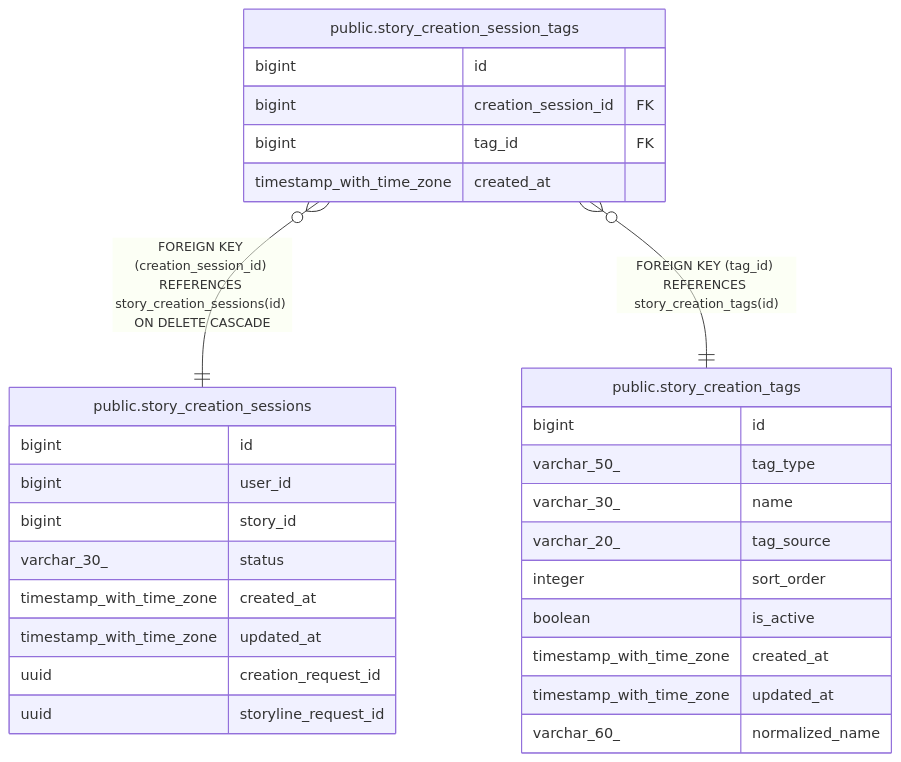
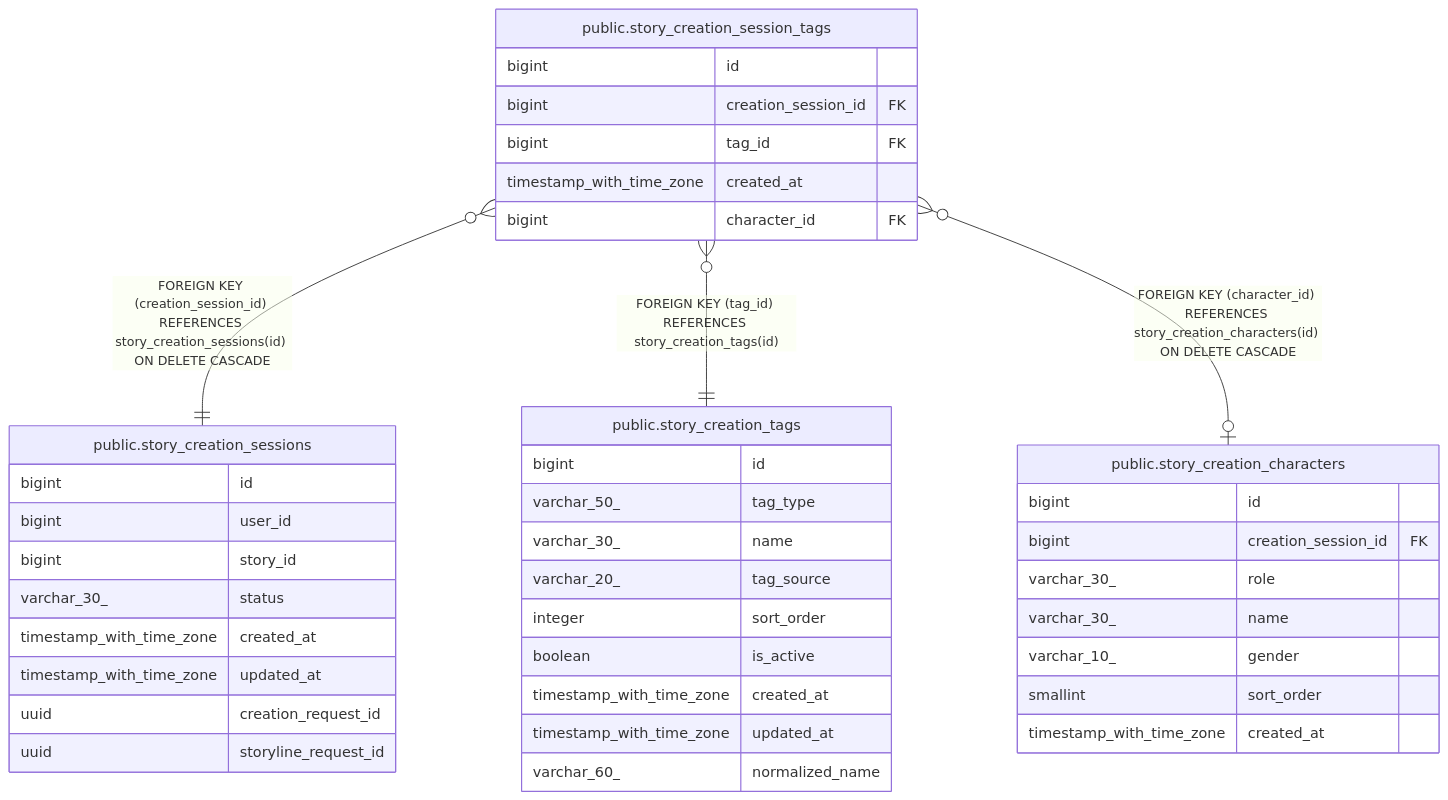
The diagram in dbdoc/public.story_creation_session_tags.md (KIM-N-KANG/manyak-server), drawn with Mermaid before and after one commit. The commit also changed other lines of this file and 15 other files, not shown here.

````diff
--- a/dbdoc/public.story_creation_session_tags.md
+++ b/dbdoc/public.story_creation_session_tags.md
@@ -30,34 +33,45 @@
 ```mermaid
 erDiagram
 
 "public.story_creation_session_tags" }o--|| "public.story_creation_sessions" : "FOREIGN KEY (creation_session_id) REFERENCES story_creation_sessions(id) ON DELETE CASCADE"
 "public.story_creation_session_tags" }o--|| "public.story_creation_tags" : "FOREIGN KEY (tag_id) REFERENCES story_creation_tags(id)"
+"public.story_creation_session_tags" }o--o| "public.story_creation_characters" : "FOREIGN KEY (character_id) REFERENCES story_creation_characters(id) ON DELETE CASCADE"
 
 "public.story_creation_session_tags" {
   bigint id
   bigint creation_session_id FK
   bigint tag_id FK
   timestamp_with_time_zone created_at
+  bigint character_id FK
 }
 "public.story_creation_sessions" {
   bigint id
   bigint user_id
   bigint story_id
   varchar_30_ status
   timestamp_with_time_zone created_at
   timestamp_with_time_zone updated_at
   uuid creation_request_id
   uuid storyline_request_id
 }
 "public.story_creation_tags" {
   bigint id
   varchar_50_ tag_type
   varchar_30_ name
   varchar_20_ tag_source
   integer sort_order
   boolean is_active
   timestamp_with_time_zone created_at
   timestamp_with_time_zone updated_at
   varchar_60_ normalized_name
 }
+"public.story_creation_characters" {
+  bigint id
+  bigint creation_session_id FK
+  varchar_30_ role
+  varchar_30_ name
+  varchar_10_ gender
+  smallint sort_order
+  timestamp_with_time_zone created_at
+}
 ```
````
